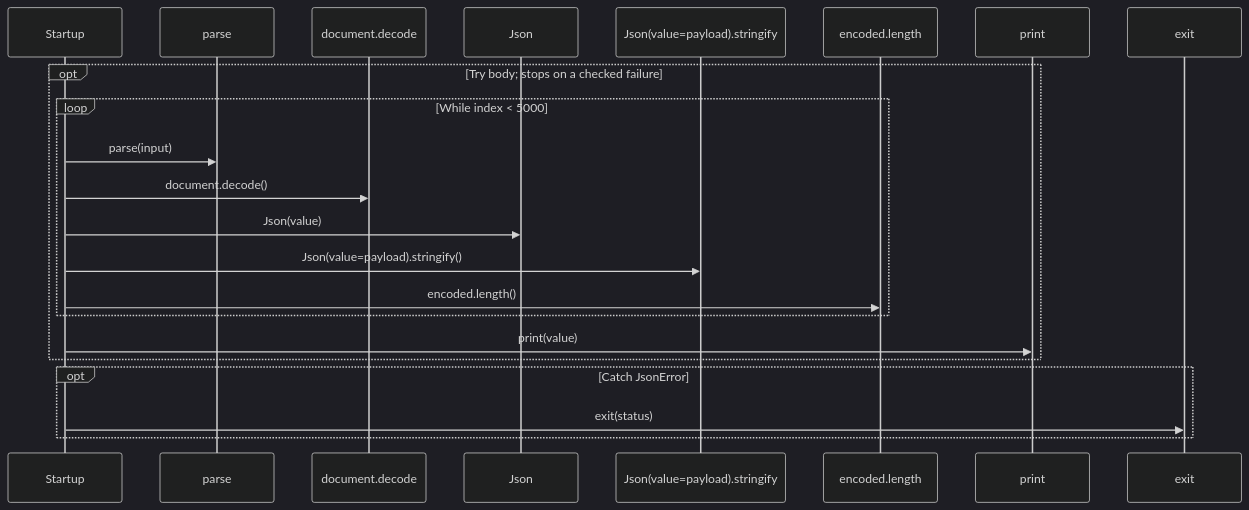
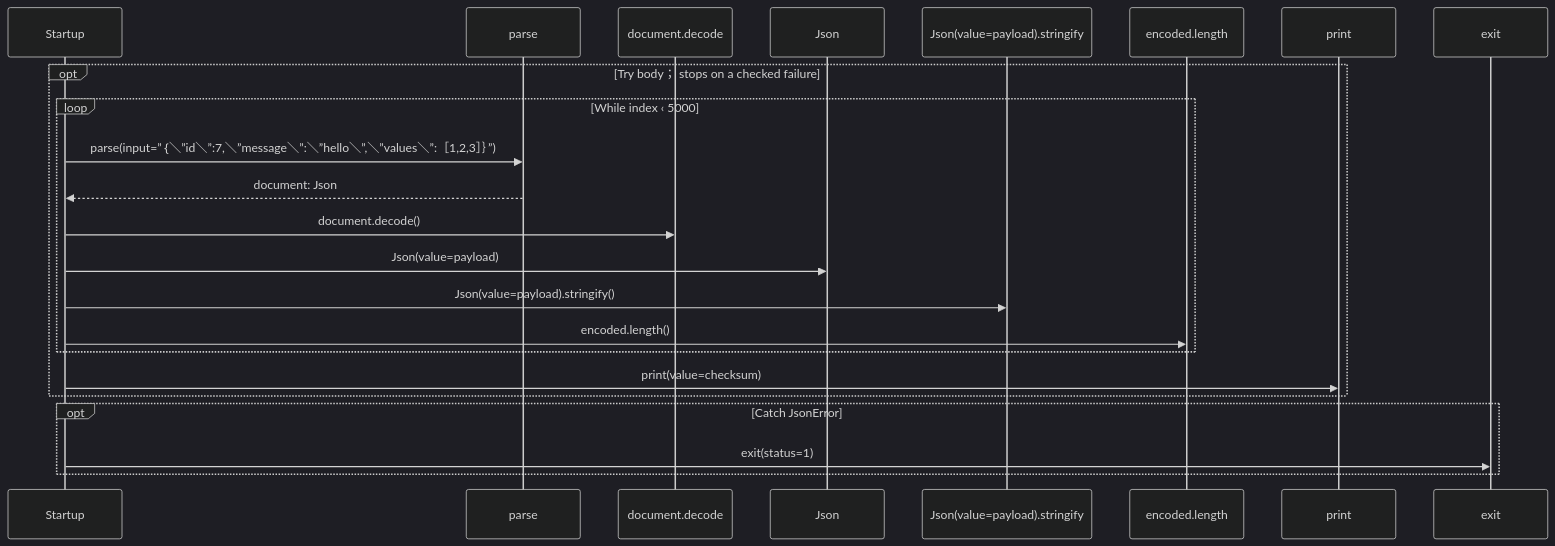
One commit to GreenPandaStudios/augscript changed the second of 2 diagrams in benchmarks/json/main.aug.diagrams.md. Above: the diagram before and after it, drawn with Mermaid (dark theme). The commit also changed other lines of this file and 524 other files, not shown here.

Commit message:
Explain checked data flow at folder and service levels

````diff
--- a/benchmarks/json/main.aug.diagrams.md
+++ b/benchmarks/json/main.aug.diagrams.md
@@ -30,24 +30,25 @@
 ```mermaid
 sequenceDiagram
     participant p0 as Startup
     participant p1 as parse
     participant p2 as document.decode
     participant p3 as Json
     participant p4 as Json(value=payload).stringify
     participant p5 as encoded.length
     participant p6 as print
     participant p7 as exit
-    opt Try body#59; stops on a checked failure
-    loop While index #60; 5000
-    p0->>p1: parse(input)
+    opt Try body； stops on a checked failure
+    loop While index ‹ 5000
+    p0->>p1: parse(input=”｛＼”id＼”:7,＼”message＼”:＼”hello＼”,＼”values＼”:［1,2,3］｝”)
+    p1-->>p0: document: Json
     p0->>p2: document.decode()
-    p0->>p3: Json(value)
+    p0->>p3: Json(value=payload)
     p0->>p4: Json(value=payload).stringify()
     p0->>p5: encoded.length()
     end
-    p0->>p6: print(value)
+    p0->>p6: print(value=checksum)
     end
     opt Catch JsonError
-    p0->>p7: exit(status)
+    p0->>p7: exit(status=1)
     end
 ```
````
